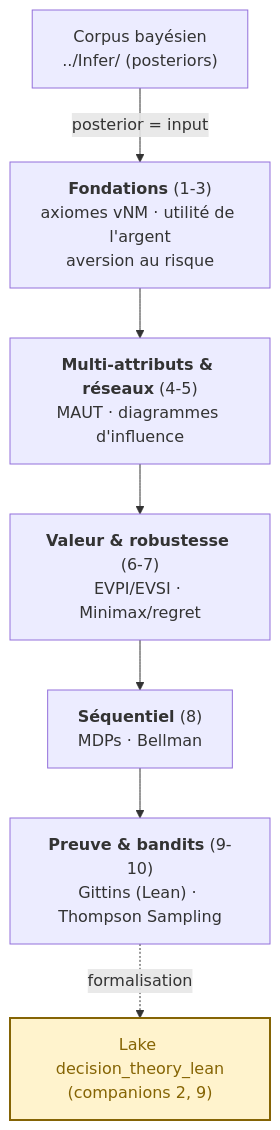
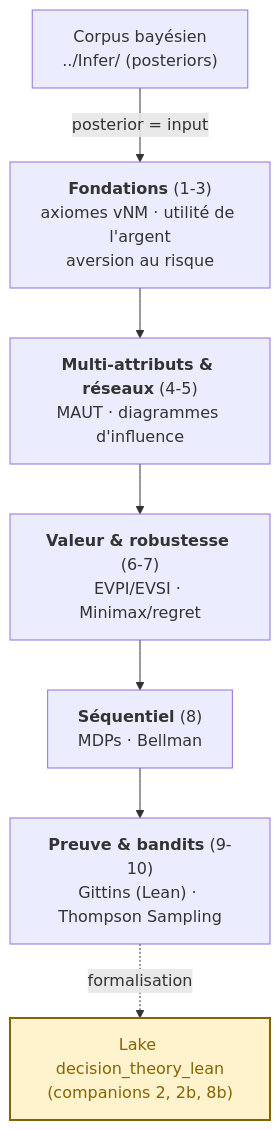
Before and after one commit to jsboige/CoursIA: the diagram in MyIA.AI.Notebooks/Probas/DecisionTheory/DecInfer/README.md, drawn with Mermaid. The commit also changed other lines of this file and 2 other files, not shown here.

````diff
--- a/MyIA.AI.Notebooks/Probas/DecisionTheory/DecInfer/README.md
+++ b/MyIA.AI.Notebooks/Probas/DecisionTheory/DecInfer/README.md
@@ -35,16 +35,16 @@
 ```mermaid
 flowchart TD
     A["<b>Fondations</b> (1-3)<br/>axiomes vNM · utilité de l'argent<br/>aversion au risque"]
     B["<b>Multi-attributs & réseaux</b> (4-5)<br/>MAUT · diagrammes d'influence"]
     C["<b>Valeur & robustesse</b> (6-7)<br/>EVPI/EVSI · Minimax/regret"]
     D["<b>Séquentiel</b> (8)<br/>MDPs · Bellman"]
     E["<b>Preuve & bandits</b> (9-10)<br/>Gittins (Lean) · Thompson Sampling"]
     BAY["Corpus bayésien<br/>../Infer/ (posteriors)"]
-    LAKE["Lake decision_theory_lean<br/>(companions 2, 9)"]
+    LAKE["Lake decision_theory_lean<br/>(companions 2, 2b, 8b)"]
     BAY -->|"posterior = input"| A
     A --> B --> C --> D --> E
     E -.->|"formalisation"| LAKE
     %% color: explicite -- sans lui, libelle clair sur fond clair en mode sombre GitHub (#15022) ; ne pas harmoniser le ton avec le stroke (libelle sinon illisible)
     classDef lean fill:#fff3cd,stroke:#856404,stroke-width:2px,color:#856404;
     class LAKE lean;
 ```
````
